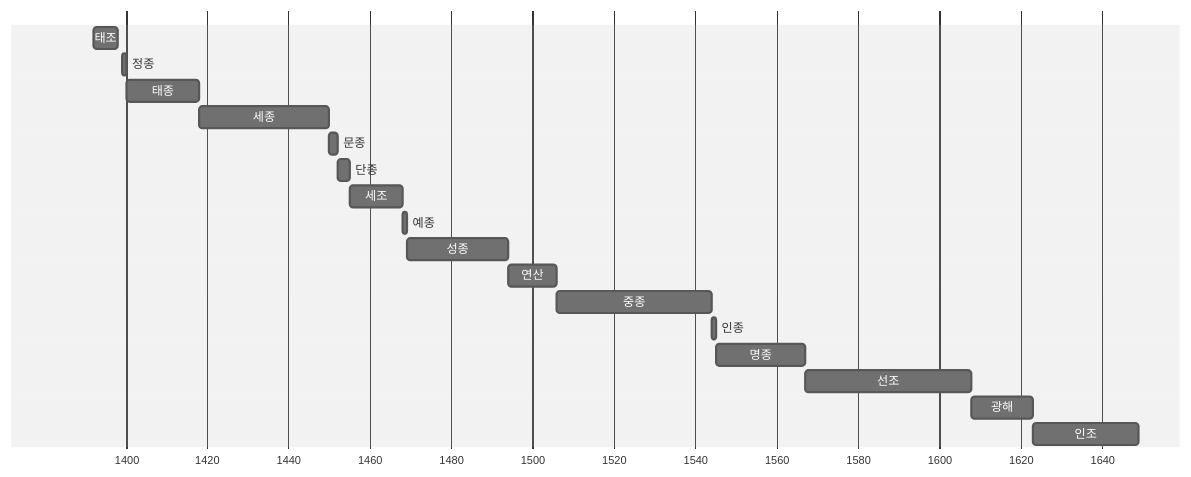
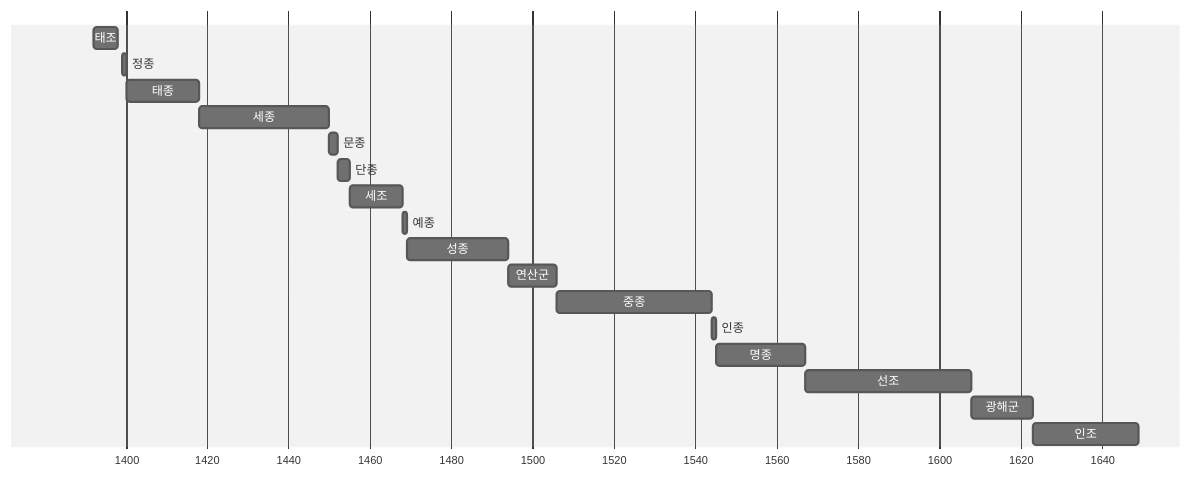
The first of 3 diagrams in 한국사/조선왕조_가계도_전체.md (daewonyoon/historigram), drawn with Mermaid (neutral theme) before and after one commit. The commit also changed other lines of this file and 2 other files, not shown here.

Commit message:
업데이트

````diff
--- a/한국사/조선왕조_가계도_전체.md
+++ b/한국사/조선왕조_가계도_전체.md
@@ -1,24 +1,24 @@
 ```mermaid
 gantt
 
 dateFormat YYYY
 axisFormat %Y
 
 태조: 1392, 1398
 정종: 1399, 1400
 태종: 1400, 1418
 세종: 1418, 1450
 문종: 1450, 1452
 단종: 1452, 1455
 세조: 1455, 1468
 예종: 1468, 1469
 성종: 1469, 1494
-연산: 1494, 1506
+연산군: 1494, 1506
 중종: 1506, 1544
 인종: 1544, 1545
 명종: 1545, 1567
 선조: 1567, 1608
-광해: 1608, 1623
+광해군: 1608, 1623
 인조: 1623, 1649
 
 ```
````
